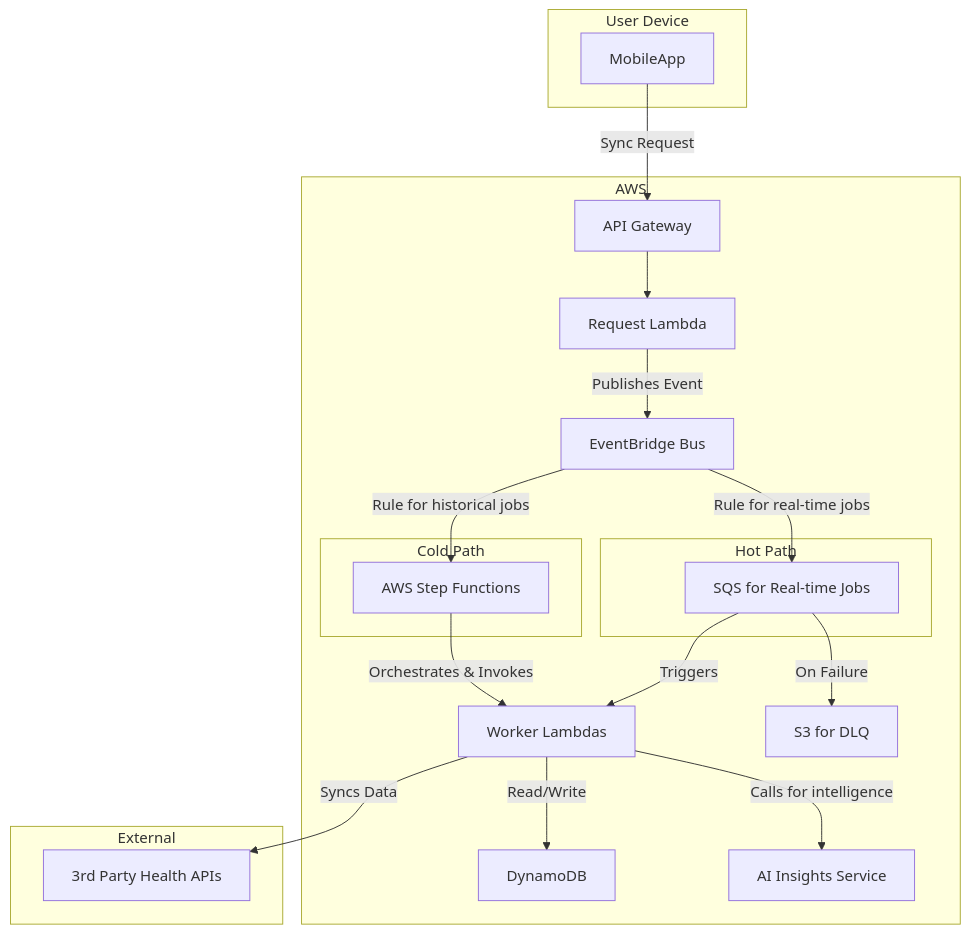
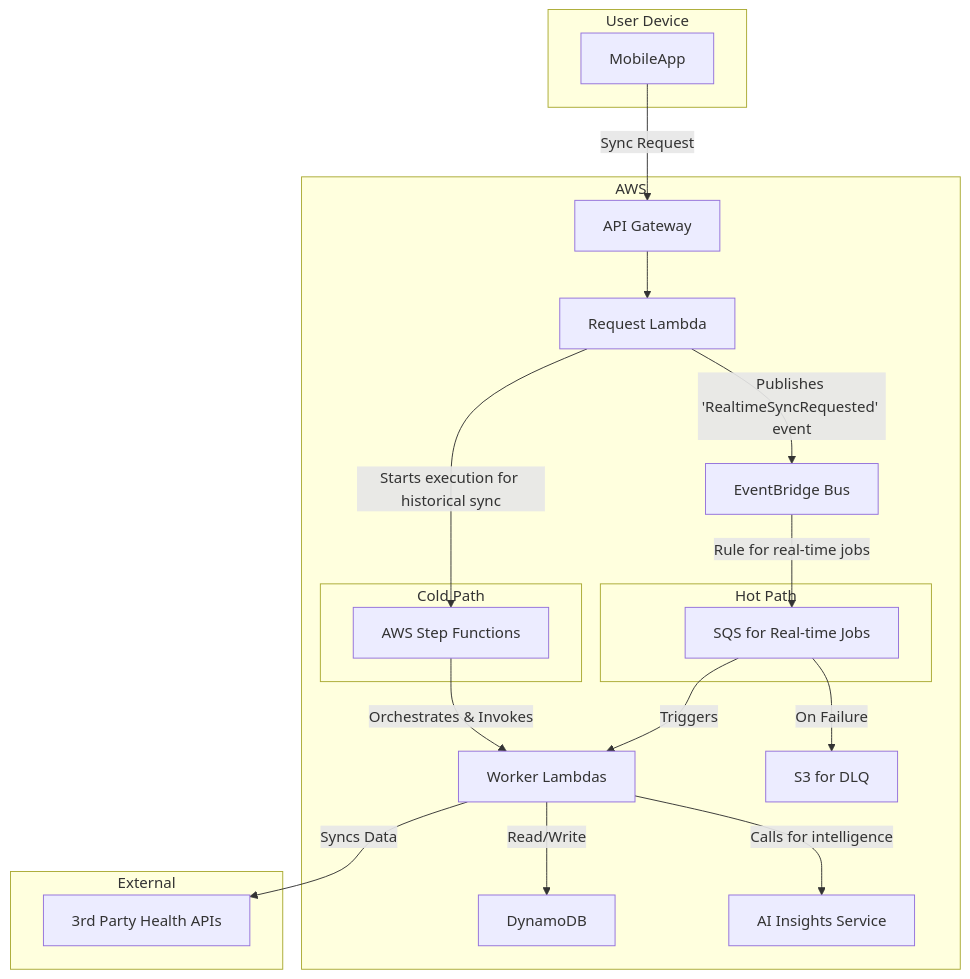
The first of 3 diagrams in 05-data-sync.md (dino10bit/healthsync), drawn with Mermaid before and after one commit. The commit also changed 6 other files, not shown here.

First line of the commit message:
Fixes and clarifications based on technical architecture review.

````diff
--- a/05-data-sync.md
+++ b/05-data-sync.md
@@ -120,42 +120,42 @@
 ```mermaid
 graph TD
     subgraph User Device
         MobileApp
     end
     subgraph AWS
         APIGateway[API Gateway]
         RequestLambda[Request Lambda]
         EventBridge[EventBridge Bus]
 
         subgraph "Hot Path"
             HotQueue[SQS for Real-time Jobs]
         end
 
         subgraph "Cold Path"
             HistoricalOrchestrator[AWS Step Functions]
         end
 
         WorkerLambdas[Worker Lambdas]
         DynamoDB[DynamoDB]
         DLQ_S3[S3 for DLQ]
         AI_Service[AI Insights Service]
     end
     subgraph External
         ThirdPartyAPIs[3rd Party Health APIs]
     end
 
     MobileApp -- Sync Request --> APIGateway
     APIGateway --> RequestLambda
-    RequestLambda -- Publishes Event --> EventBridge
 
+    RequestLambda -- "Publishes 'RealtimeSyncRequested' event" --> EventBridge
     EventBridge -- "Rule for real-time jobs" --> HotQueue
     HotQueue -- Triggers --> WorkerLambdas
 
-    EventBridge -- "Rule for historical jobs" --> HistoricalOrchestrator
+    RequestLambda -- "Starts execution for historical sync" --> HistoricalOrchestrator
     HistoricalOrchestrator -- Orchestrates & Invokes --> WorkerLambdas
 
     WorkerLambdas -- Read/Write --> DynamoDB
     WorkerLambdas -- Syncs Data --> ThirdPartyAPIs
     WorkerLambdas -- Calls for intelligence --> AI_Service
     HotQueue -- On Failure --> DLQ_S3
 ```
````
